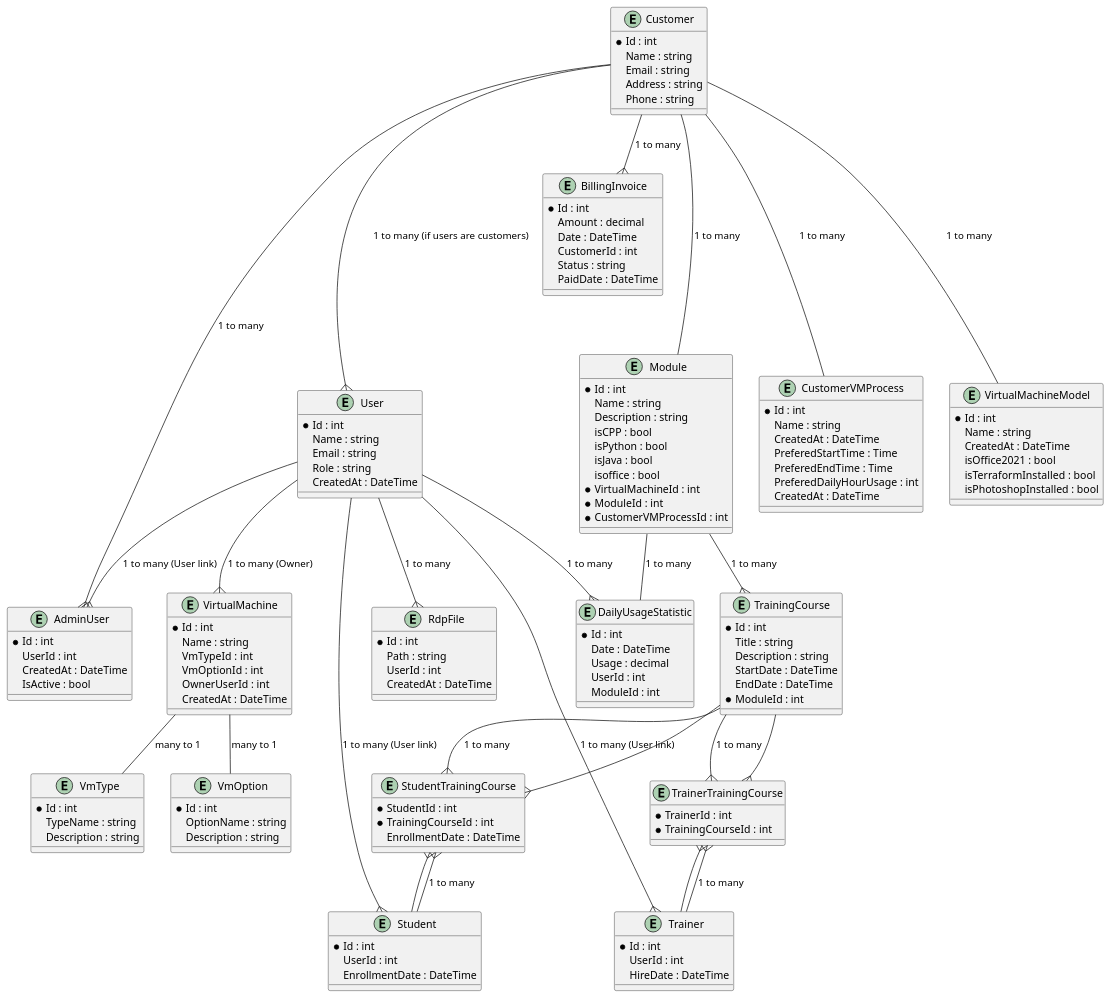
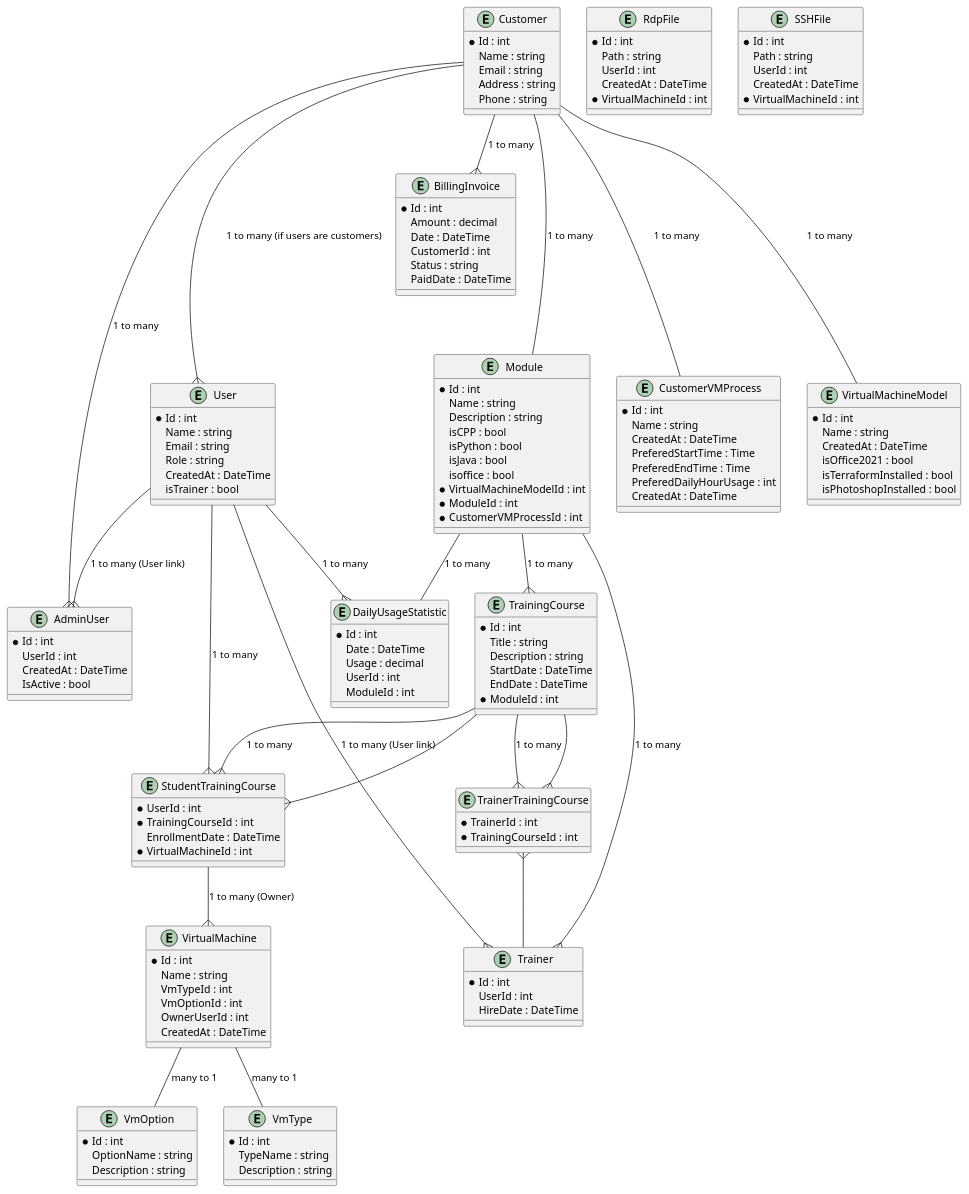
One commit to ChristophePichaud/DataModelExperimentation changed the diagram in Docs/TrainingDataModelDiagram_Full.puml. Above: the diagram before and after it, drawn with PlantUML. The commit also changed 1 other file, not shown here.

```diff
--- a/Docs/TrainingDataModelDiagram_Full.puml
+++ b/Docs/TrainingDataModelDiagram_Full.puml
@@ -1,163 +1,165 @@
 @startuml TrainingDataModel_Full
 ' Full database diagram for TrainingDataModel
 
 entity "AdminUser" as AdminUser {
   *Id : int
   UserId : int
   CreatedAt : DateTime
   IsActive : bool
 }
 
 entity "BillingInvoice" as BillingInvoice {
   *Id : int
   Amount : decimal
   Date : DateTime
   CustomerId : int
   Status : string
   PaidDate : DateTime
 }
 
 entity "Customer" as Customer {
   *Id : int
   Name : string
   Email : string
   Address : string
   Phone : string
 }
 
 entity "DailyUsageStatistic" as DailyUsageStatistic {
   *Id : int
   Date : DateTime
   Usage : decimal
   UserId : int
   ModuleId : int
 }
 
 entity "Module" as Module {
   *Id : int
   Name : string
   Description : string
   isCPP : bool
   isPython : bool
   isJava : bool
   isoffice : bool
-  *VirtualMachineId : int
+  *VirtualMachineModelId : int
   *ModuleId : int
   *CustomerVMProcessId : int
 }
 
 entity "RdpFile" as RdpFile {
   *Id : int
   Path : string
   UserId : int
   CreatedAt : DateTime
+  *VirtualMachineId : int
 }
 
-entity "Student" as Student {
+entity "SSHFile" as SSHFile {
   *Id : int
+  Path : string
   UserId : int
-  EnrollmentDate : DateTime
+  CreatedAt : DateTime
+  *VirtualMachineId : int
 }
 
 entity "Trainer" as Trainer {
   *Id : int
   UserId : int
   HireDate : DateTime
 }
 
 entity "TrainerTrainingCourse" as TrainerTrainingCourse {
   *TrainerId : int
   *TrainingCourseId : int
 }
 
 entity "TrainingCourse" as TrainingCourse {
   *Id : int
   Title : string
   Description : string
   StartDate : DateTime
   EndDate : DateTime
   *ModuleId : int
   
 }
 
 entity "StudentTrainingCourse" as StudentTrainingCourse {
-  *StudentId : int
+  *UserId : int
   *TrainingCourseId : int
   EnrollmentDate : DateTime
+  *VirtualMachineId : int
 }
 
 entity "User" as User {
   *Id : int
   Name : string
   Email : string
   Role : string
   CreatedAt : DateTime
+  isTrainer : bool
 }
 
 entity "VirtualMachine" as VirtualMachine {
   *Id : int
   Name : string
   VmTypeId : int
   VmOptionId : int
   OwnerUserId : int
   CreatedAt : DateTime
 }
 
 entity "CustomerVMProcess" as CustomerVMProcess {
   *Id : int
   Name : string
   CreatedAt : DateTime
   PreferedStartTime : Time
   PreferedEndTime : Time
   PreferedDailyHourUsage : int
   CreatedAt : DateTime
 }
 
 
 entity "VirtualMachineModel" as VirtualMachineModel {
   *Id : int
   Name : string
   CreatedAt : DateTime
   isOffice2021 : bool
   isTerraformInstalled : bool
   isPhotoshopInstalled : bool
 }
 
 entity "VmOption" as VmOption {
   *Id : int
   OptionName : string
   Description : string
 }
 
 entity "VmType" as VmType {
   *Id : int
   TypeName : string
   Description : string
 }
 
 '"Relationships"
 Customer --{ BillingInvoice : "1 to many"
 Customer --{ AdminUser : "1 to many"
 Customer --{ User : "1 to many (if users are customers)"
 User --{ DailyUsageStatistic : "1 to many"
-User --{ RdpFile : "1 to many"
-User --{ VirtualMachine : "1 to many (Owner)"
+StudentTrainingCourse --{ VirtualMachine : "1 to many (Owner)"
 User --{ AdminUser : "1 to many (User link)"
-User --{ Student : "1 to many (User link)"
 User --{ Trainer : "1 to many (User link)"
 VirtualMachine -- VmType : "many to 1"
 VirtualMachine -- VmOption : "many to 1"
 Customer --- VirtualMachineModel : "1 to many"
 Customer --- Module : "1 to many"
 Customer --- CustomerVMProcess : "1 to many"
-Student --{ StudentTrainingCourse : "1 to many"
+User --{ StudentTrainingCourse : "1 to many"
 TrainingCourse --{ StudentTrainingCourse : "1 to many"
-StudentTrainingCourse }-- Student
 StudentTrainingCourse }-- TrainingCourse
-Trainer --{ TrainerTrainingCourse : "1 to many"
 TrainingCourse --{ TrainerTrainingCourse : "1 to many"
 TrainerTrainingCourse }-- Trainer
 TrainerTrainingCourse }-- TrainingCourse
 Module -- DailyUsageStatistic : "1 to many"
 Module --{ TrainingCourse : "1 to many"
+Module --{ Trainer : "1 to many"
 @enduml
```
